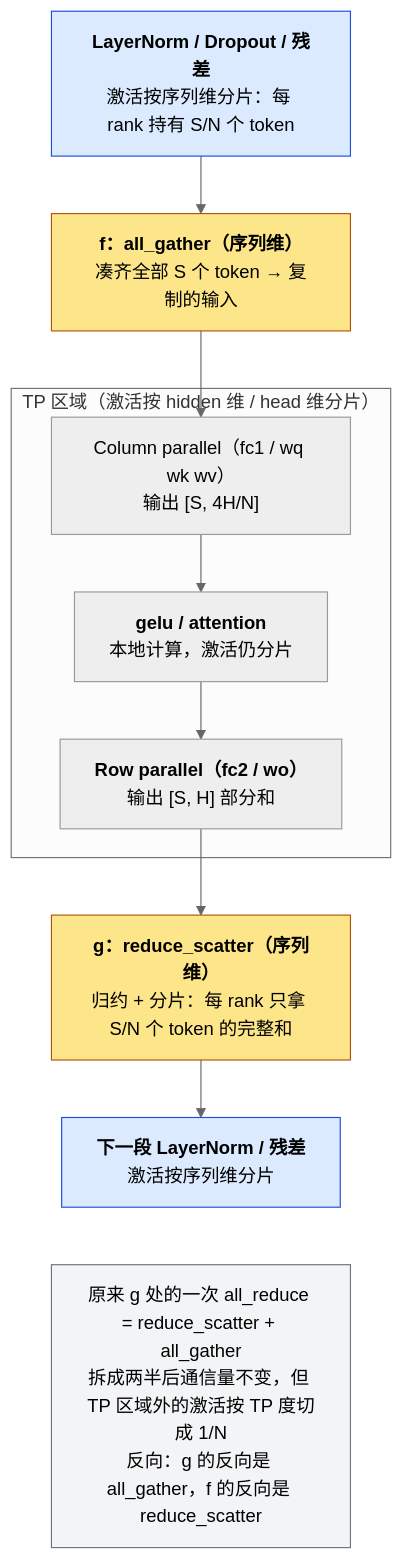
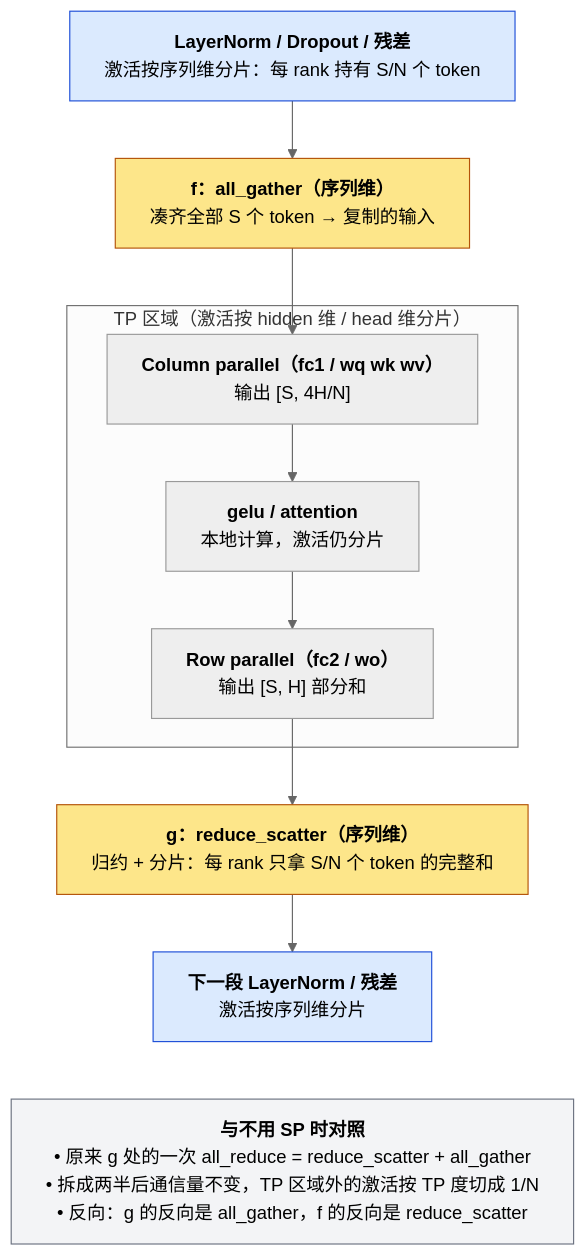
One commit to arganzheng/arganzheng.github.com changed the third of 7 diagrams in _posts/2026-02-25-pytorch-distributed-training.md. Above: the diagram before and after it, drawn with Mermaid (neutral theme). The commit also changed other lines of this file and 2 other files, not shown here.

````diff
--- a/_posts/2026-02-25-pytorch-distributed-training.md
+++ b/_posts/2026-02-25-pytorch-distributed-training.md
@@ -847,24 +925,25 @@
 ```mermaid
+%%{init: {"flowchart": {"wrappingWidth": 480}}}%%
 %% 图：Sequence Parallel 的一个子层：TP 区域外激活按序列维分片，f 处 all_gather、g 处 reduce_scatter
 flowchart TB
     S0["<b>LayerNorm / Dropout / 残差</b><br/>激活按序列维分片：每 rank 持有 S/N 个 token"]
     F["<b>f：all_gather（序列维）</b><br/>凑齐全部 S 个 token → 复制的输入"]
     subgraph tp["TP 区域（激活按 hidden 维 / head 维分片）"]
-        COL["Column parallel（fc1 / wq wk wv）<br/>输出 #91;S, 4H/N#93;"]
+        COL["<b>Column parallel（fc1 / wq wk wv）</b><br/>输出 #91;S, 4H/N#93;"]
         LOCAL["<b>gelu / attention</b><br/>本地计算，激活仍分片"]
         ROW["<b>Row parallel（fc2 / wo）</b><br/>输出 #91;S, H#93; 部分和"]
         COL --> LOCAL --> ROW
     end
     G["<b>g：reduce_scatter（序列维）</b><br/>归约 + 分片：每 rank 只拿 S/N 个 token 的完整和"]
     S1["<b>下一段 LayerNorm / 残差</b><br/>激活按序列维分片"]
-    REMARK["原来 g 处的一次 all_reduce = reduce_scatter + all_gather<br/>拆成两半后通信量不变，但 TP 区域外的激活按 TP 度切成 1/N<br/>反向：g 的反向是 all_gather，f 的反向是 reduce_scatter"]
+    REMARK["<b>与不用 SP 时对照</b><br/>• 原来 g 处的一次 all_reduce = reduce_scatter + all_gather<br/>• 拆成两半后通信量不变，TP 区域外的激活按 TP 度切成 1/N<br/>• 反向：g 的反向是 all_gather，f 的反向是 reduce_scatter"]
     S0 --> F --> COL
     ROW --> G --> S1
     S1 ~~~ REMARK
     classDef comm fill:#fde68a,stroke:#b45309;
     classDef seqshard fill:#dbeafe,stroke:#1d4ed8;
     classDef remark fill:#f3f4f6,stroke:#6b7280;
     class F,G comm;
     class S0,S1 seqshard;
     class REMARK remark;
 ```
````
